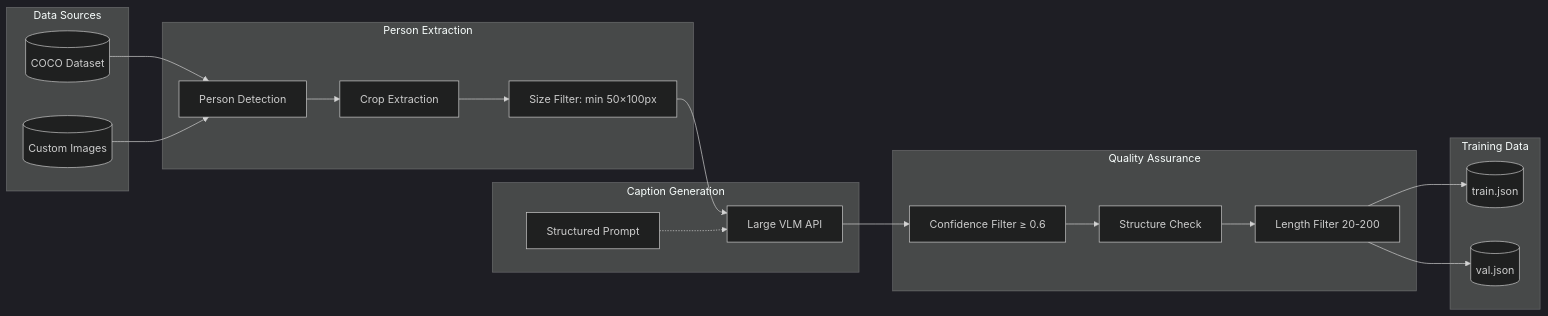
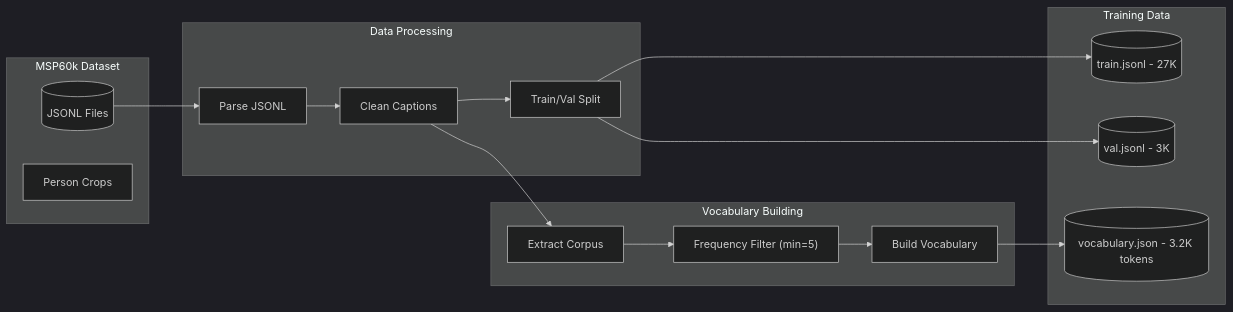
One commit to rishi02102017/Metafusion-Task changed the fourth of 10 diagrams in README.md. Above: the diagram before and after it, drawn with Mermaid. The commit also changed other lines of this file, not shown here.

First line of the commit message:
Update README to reflect MSP60k dataset and actual model specs

````diff
--- a/README.md
+++ b/README.md
@@ -228,36 +230,31 @@
 ```mermaid
 %%{init: {'theme': 'dark'}}%%
 flowchart LR
-    subgraph Sources["Data Sources"]
-        COCO[(COCO Dataset)]
-        CUSTOM[(Custom Images)]
+    subgraph Source["MSP60k Dataset"]
+        RAW[(JSONL Files)]
+        IMGS[Person Crops]
     end
 
-    subgraph Extraction["Person Extraction"]
-        DET[Person Detection]
-        CROP[Crop Extraction]
-        FILTER1["Size Filter: min 50×100px"]
+    subgraph Processing["Data Processing"]
+        PARSE[Parse JSONL]
+        CLEAN[Clean Captions]
+        SPLIT[Train/Val Split]
     end
 
-    subgraph Generation["Caption Generation"]
-        API[Large VLM API]
-        PROMPT["Structured Prompt"]
-    end
-
-    subgraph QA["Quality Assurance"]
-        CONF["Confidence Filter ≥ 0.6"]
-        STRUCT["Structure Check"]
-        LEN["Length Filter 20-200"]
+    subgraph Vocabulary["Vocabulary Building"]
+        CORPUS[Extract Corpus]
+        FREQ["Frequency Filter (min=5)"]
+        VOCAB[Build Vocabulary]
     end
 
     subgraph Output["Training Data"]
-        TRAIN[(train.json)]
-        VAL[(val.json)]
+        TRAIN[(train.jsonl - 27K)]
+        VAL[(val.jsonl - 3K)]
+        VOCABF[(vocabulary.json - 3.2K tokens)]
     end
 
-    COCO & CUSTOM --> DET --> CROP --> FILTER1
-    FILTER1 --> API
-    PROMPT -.-> API
-    API --> CONF --> STRUCT --> LEN
-    LEN --> TRAIN & VAL
+    RAW --> PARSE --> CLEAN --> SPLIT
+    CLEAN --> CORPUS --> FREQ --> VOCAB
+    SPLIT --> TRAIN & VAL
+    VOCAB --> VOCABF
 ```
````
